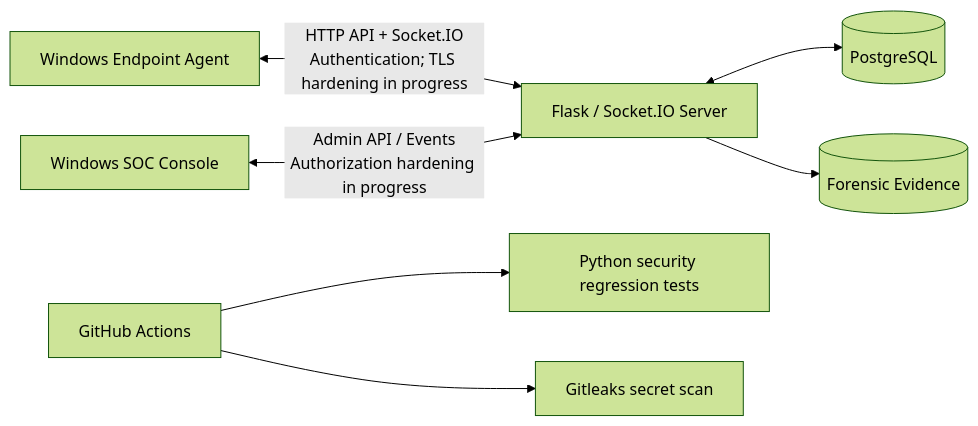
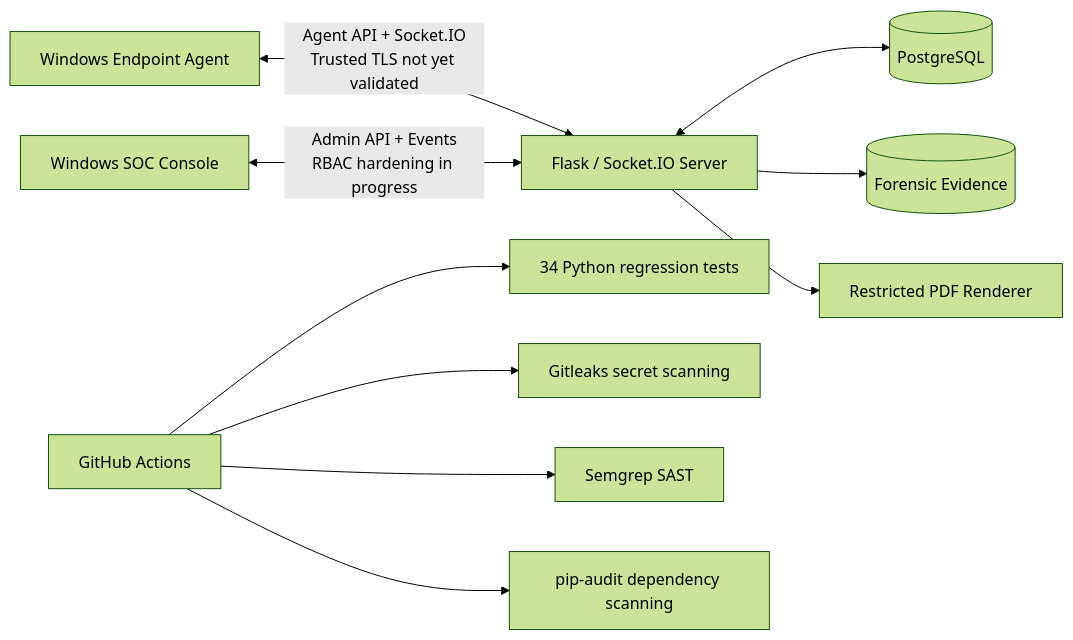
The first of 2 diagrams in README.md (youssif-ahmed-sec/Graduation-Project-After-Adding-secure-CI-CD-Pipeline), drawn with Mermaid (forest theme) before and after one commit. The commit also changed other lines of this file, not shown here.

Commit message:
docs: update README with DevSecOps security progress

````diff
--- a/README.md
+++ b/README.md
@@ -55,9 +63,12 @@
 ```mermaid
 flowchart LR
-    A[Windows Endpoint Agent] <-->|HTTP API + Socket.IO\nAuthentication; TLS hardening in progress| S[Flask / Socket.IO Server]
-    C[Windows SOC Console] <-->|Admin API / Events\nAuthorization hardening in progress| S
+    A[Windows Endpoint Agent] <-->|Agent API + Socket.IO\nTrusted TLS not yet validated| S[Flask / Socket.IO Server]
+    C[Windows SOC Console] <-->|Admin API + Events\nRBAC hardening in progress| S
     S <--> D[(PostgreSQL)]
     S --> E[(Forensic Evidence)]
-    G[GitHub Actions] --> T[Python security regression tests]
-    G --> L[Gitleaks secret scan]
+    S --> P[Restricted PDF Renderer]
+    G[GitHub Actions] --> T[34 Python regression tests]
+    G --> L[Gitleaks secret scanning]
+    G --> M[Semgrep SAST]
+    G --> Q[pip-audit dependency scanning]
 ```
````
